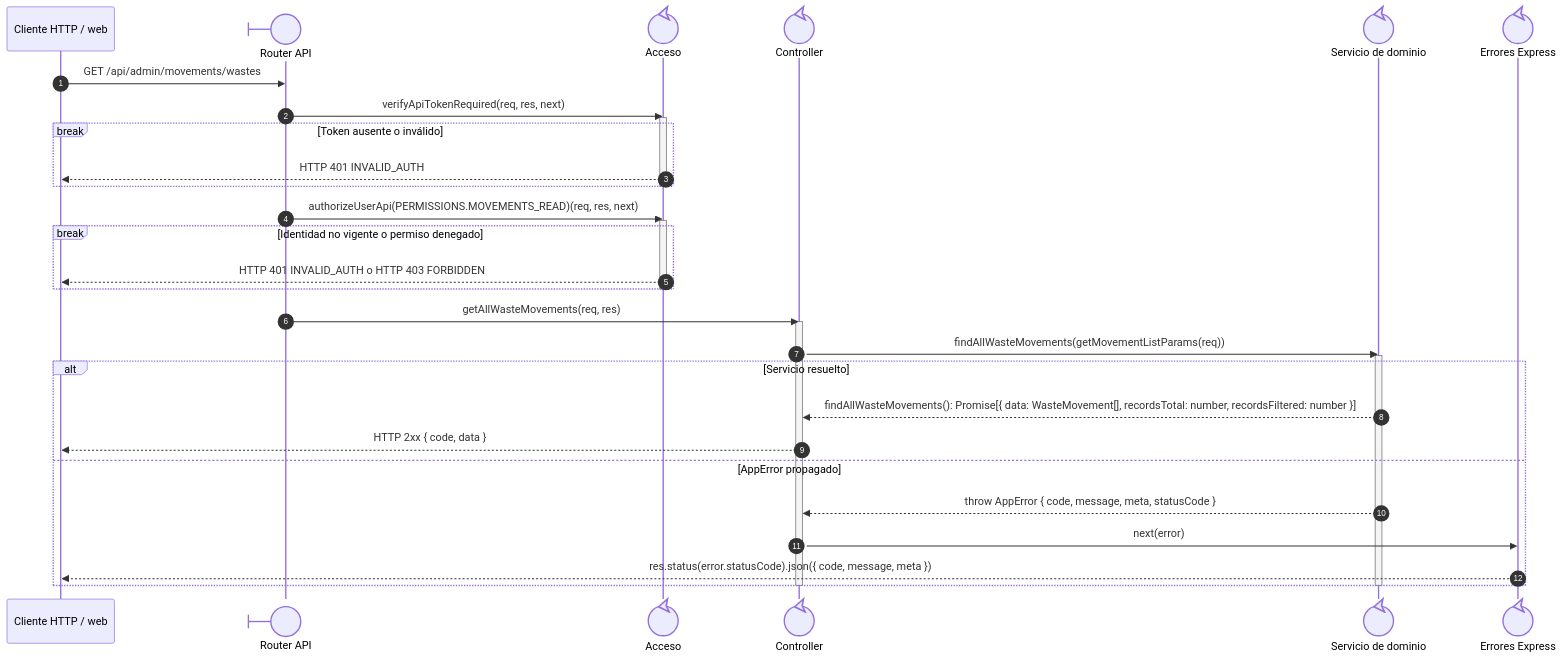
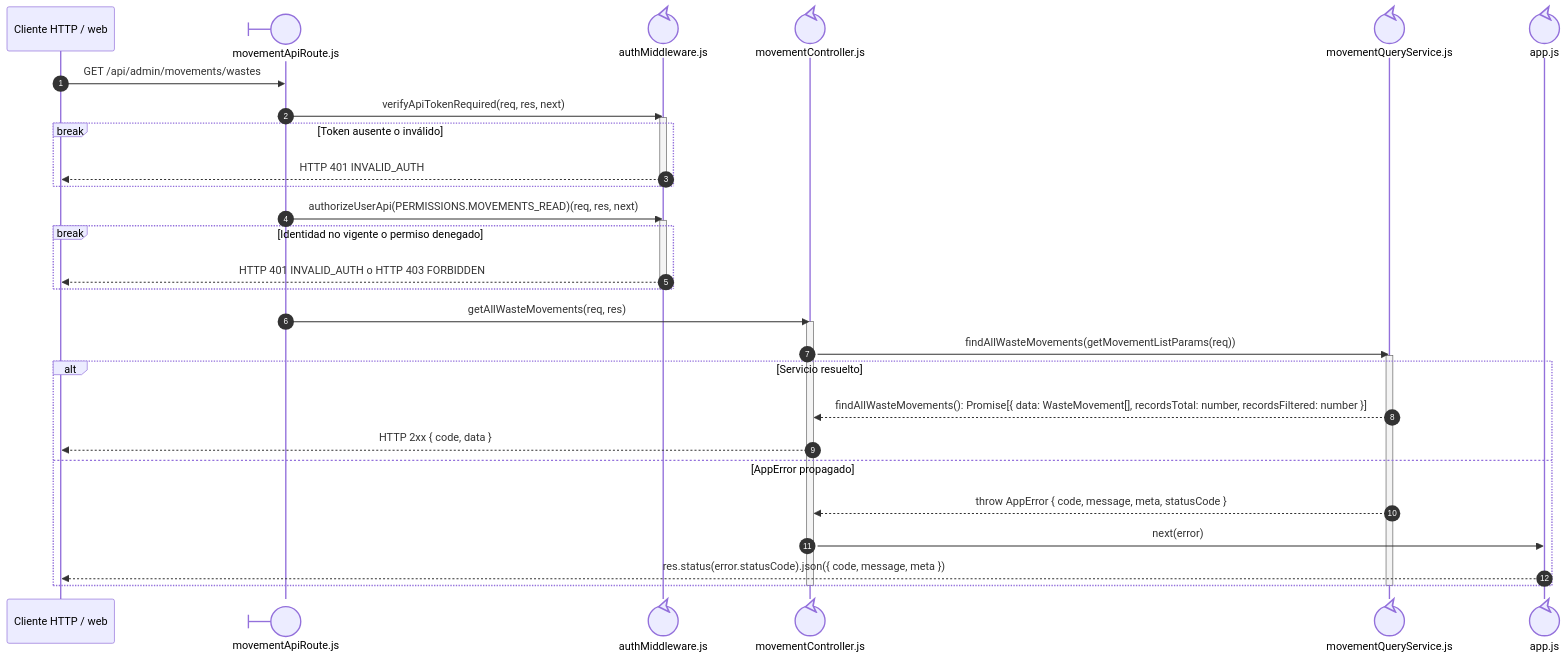
The diagram in docs/architecture/views/processes/backend-code-sequences/catalogs/cu-alm-15.md (gpgsistemas01/nexus), drawn with Mermaid before and after one commit. The commit also changed other lines of this file and 192 other files, not shown here.

Commit message:
docs: make sequence file ownership explicit and align code flows

````diff
--- a/docs/architecture/views/processes/backend-code-sequences/catalogs/cu-alm-15.md
+++ b/docs/architecture/views/processes/backend-code-sequences/catalogs/cu-alm-15.md
@@ -23,39 +25,39 @@
 ```mermaid
 sequenceDiagram
     autonumber
     participant Client as Cliente HTTP / web
-    participant Route@{ "type": "boundary" } as Router API
-    participant Auth@{ "type": "control" } as Acceso
-    participant Controller@{ "type": "control" } as Controller
-    participant Domain@{ "type": "control" } as Servicio de dominio
-    participant ErrorHandler@{ "type": "control" } as Errores Express
+    participant Route@{ "type": "boundary" } as movementApiRoute.js
+    participant Auth@{ "type": "control" } as authMiddleware.js
+    participant Controller@{ "type": "control" } as movementController.js
+    participant Domain@{ "type": "control" } as movementQueryService.js
+    participant ErrorHandler@{ "type": "control" } as app.js
 
     Client->>Route: GET /api/admin/movements/wastes
 
     Route->>Auth: verifyApiTokenRequired(req, res, next)
     activate Auth
     break Token ausente o inválido
         Auth-->>Client: HTTP 401 INVALID_AUTH
     end
     deactivate Auth
     Route->>Auth: authorizeUserApi(PERMISSIONS.MOVEMENTS_READ)(req, res, next)
     activate Auth
     break Identidad no vigente o permiso denegado
         Auth-->>Client: HTTP 401 INVALID_AUTH o HTTP 403 FORBIDDEN
     end
     deactivate Auth
     Route->>Controller: getAllWasteMovements(req, res)
     activate Controller
     Controller->>Domain: findAllWasteMovements(getMovementListParams(req))
     activate Domain
     alt Servicio resuelto
         Domain-->>Controller: findAllWasteMovements(): Promise[{ data: WasteMovement[], recordsTotal: number, recordsFiltered: number }]
         Controller-->>Client: HTTP 2xx { code, data }
     else AppError propagado
         Domain-->>Controller: throw AppError { code, message, meta, statusCode }
         Controller->>ErrorHandler: next(error)
         ErrorHandler-->>Client: res.status(error.statusCode).json({ code, message, meta })
     end
     deactivate Domain
     deactivate Controller
 ```
````
